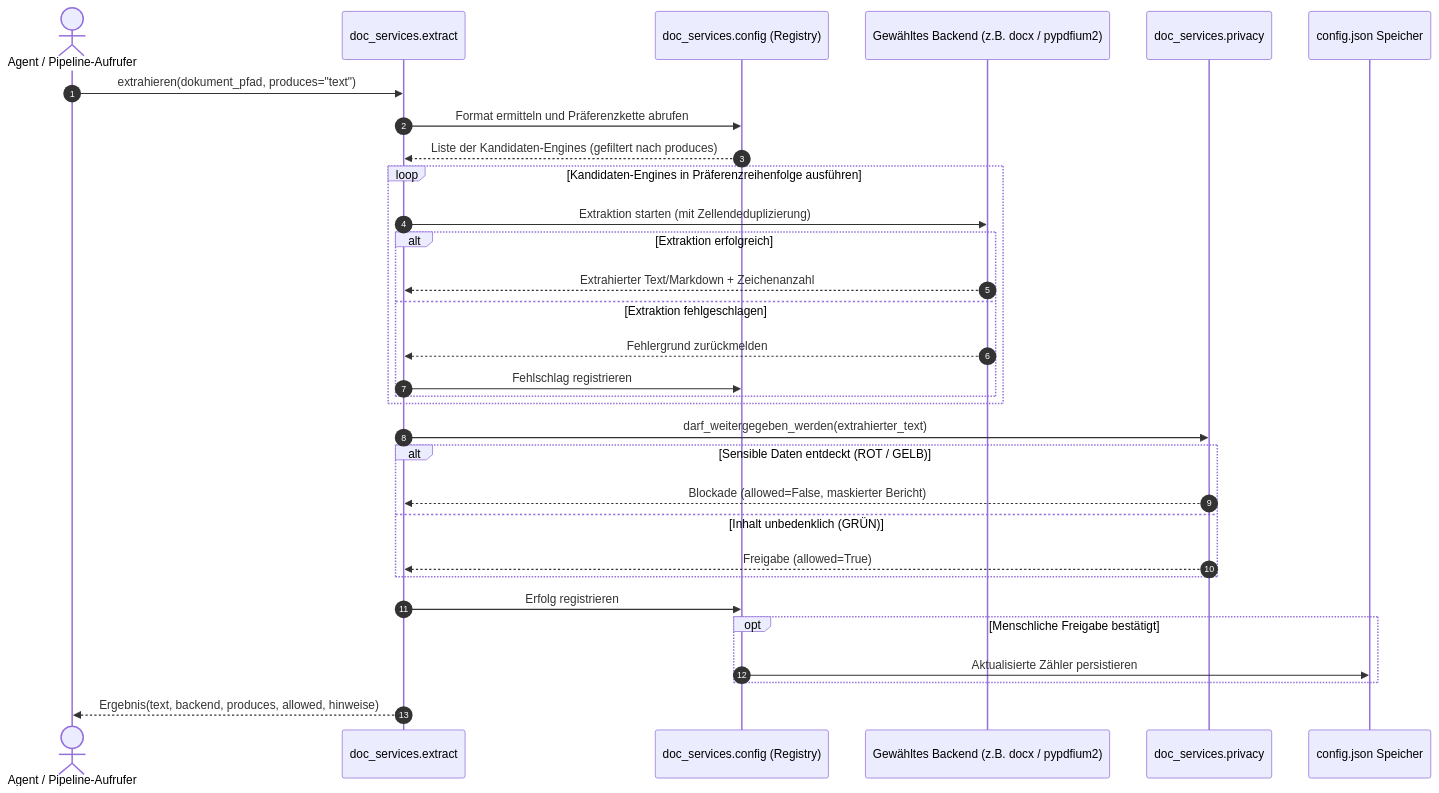
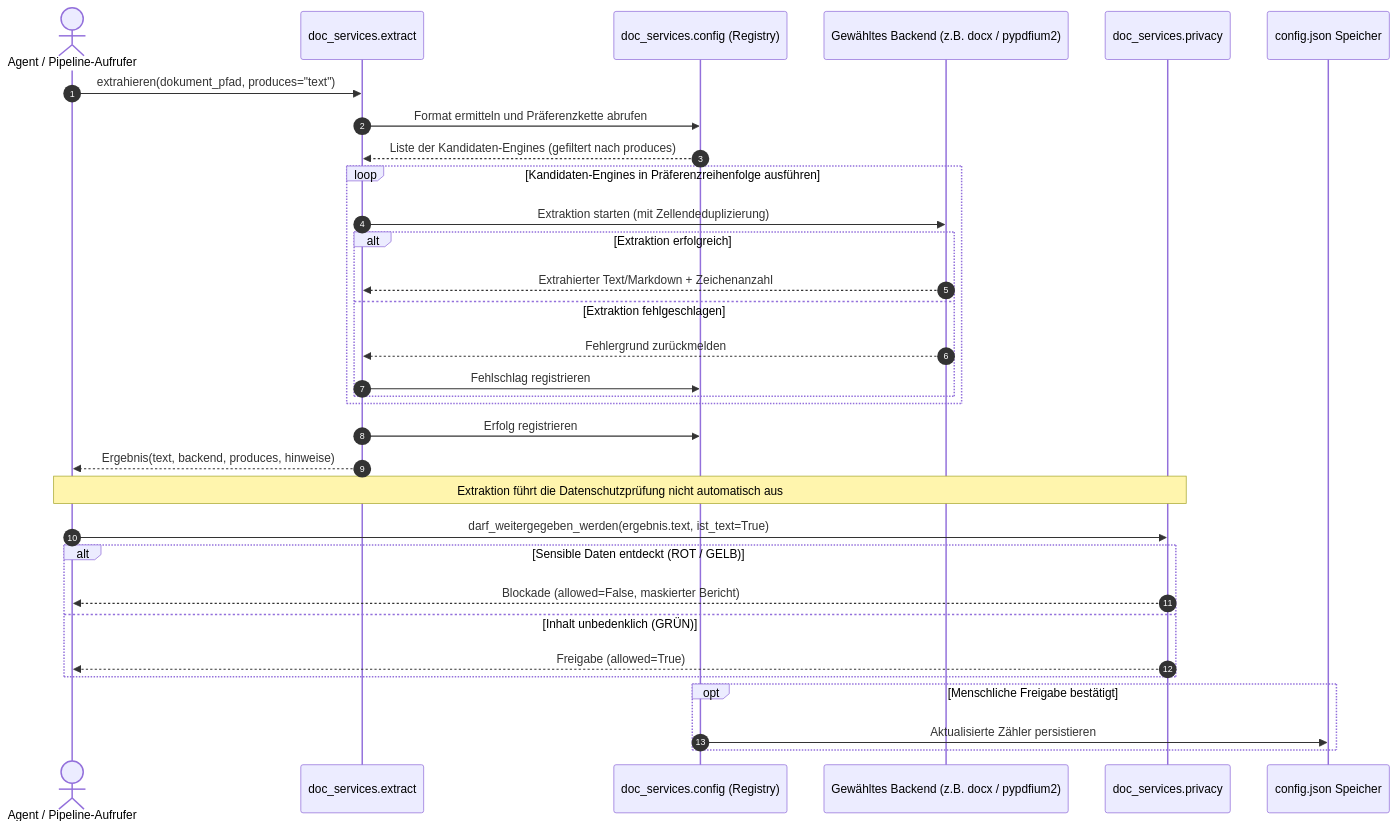
Before and after one commit to ellmos-ai/doc-services: the second of 2 diagrams in README_de.md, drawn with Mermaid. The commit also changed other lines of this file and 5 other files, not shown here.

````diff
--- a/README_de.md
+++ b/README_de.md
@@ -192,38 +194,39 @@
 ```mermaid
 sequenceDiagram
     autonumber
     actor Aufrufer as Agent / Pipeline-Aufrufer
     participant Extraktor as doc_services.extract
     participant Registry as doc_services.config (Registry)
     participant Engine as Gewähltes Backend (z.B. docx / pypdfium2)
     participant Datenschutz as doc_services.privacy
     participant Speicher as config.json Speicher
 
     Aufrufer->>Extraktor: extrahieren(dokument_pfad, produces="text")
     Extraktor->>Registry: Format ermitteln und Präferenzkette abrufen
     Registry-->>Extraktor: Liste der Kandidaten-Engines (gefiltert nach produces)
 
     loop Kandidaten-Engines in Präferenzreihenfolge ausführen
         Extraktor->>Engine: Extraktion starten (mit Zellendeduplizierung)
         alt Extraktion erfolgreich
             Engine-->>Extraktor: Extrahierter Text/Markdown + Zeichenanzahl
         else Extraktion fehlgeschlagen
             Engine-->>Extraktor: Fehlergrund zurückmelden
             Extraktor->>Registry: Fehlschlag registrieren
         end
     end
 
-    Extraktor->>Datenschutz: darf_weitergegeben_werden(extrahierter_text)
+    Extraktor->>Registry: Erfolg registrieren
+    Extraktor-->>Aufrufer: Ergebnis(text, backend, produces, hinweise)
+    Note over Aufrufer,Datenschutz: Extraktion führt die Datenschutzprüfung nicht automatisch aus
+    Aufrufer->>Datenschutz: darf_weitergegeben_werden(ergebnis.text, ist_text=True)
     alt Sensible Daten entdeckt (ROT / GELB)
-        Datenschutz-->>Extraktor: Blockade (allowed=False, maskierter Bericht)
+        Datenschutz-->>Aufrufer: Blockade (allowed=False, maskierter Bericht)
     else Inhalt unbedenklich (GRÜN)
-        Datenschutz-->>Extraktor: Freigabe (allowed=True)
+        Datenschutz-->>Aufrufer: Freigabe (allowed=True)
     end
 
-    Extraktor->>Registry: Erfolg registrieren
     opt Menschliche Freigabe bestätigt
         Registry->>Speicher: Aktualisierte Zähler persistieren
     end
 
-    Extraktor-->>Aufrufer: Ergebnis(text, backend, produces, allowed, hinweise)
 ```
````
